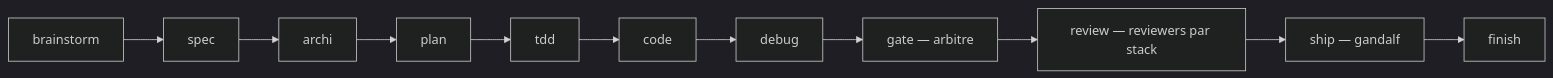
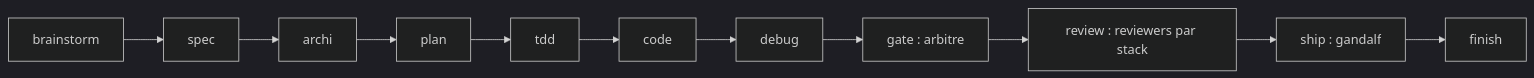
The diagram in README.md (techmefr/mentis), drawn with Mermaid (dark theme) before and after one commit. The commit also changed other lines of this file and 3 other files, not shown here.

````diff
--- a/README.md
+++ b/README.md
@@ -52,13 +52,13 @@
 ```mermaid
 flowchart LR
     A[brainstorm] --> B[spec]
     B --> C[archi]
     C --> D[plan]
     D --> E[tdd]
     E --> F[code]
     F --> G[debug]
-    G --> H[gate — arbitre]
-    H --> I[review — reviewers par stack]
-    I --> J[ship — gandalf]
+    G --> H[gate : arbitre]
+    H --> I[review : reviewers par stack]
+    I --> J[ship : gandalf]
     J --> K[finish]
 ```
````
